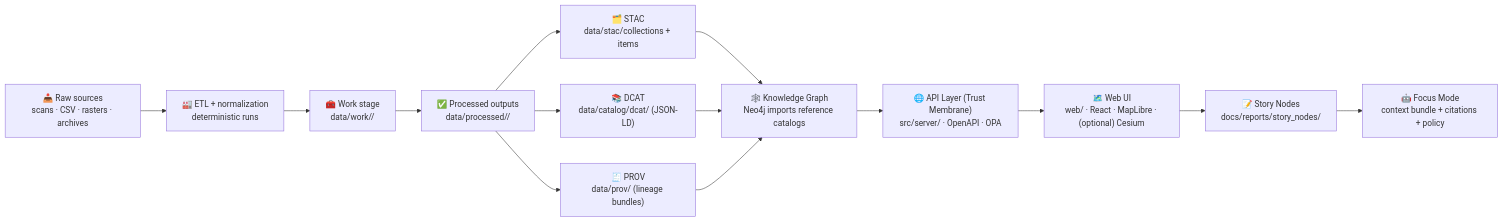
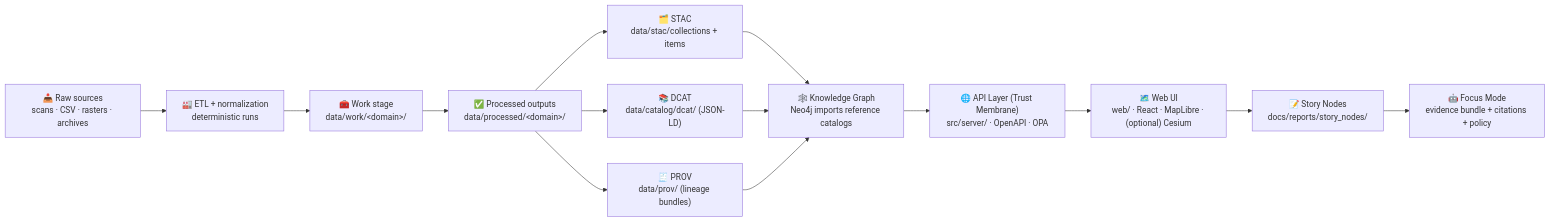
The first of 2 diagrams in README.md (bartytime4life/Kansas-Frontier-Matrix), drawn with Mermaid before and after one commit. The commit also changed other lines of this file, not shown here.

````diff
--- a/README.md
+++ b/README.md
@@ -124,19 +118,19 @@
 ```mermaid
 flowchart LR
   A["📥 Raw sources<br/>scans · CSV · rasters · archives"] --> B["🏭 ETL + normalization<br/>deterministic runs"]
-  B --> W["🧰 Work stage<br/>data/work/<domain>/"]
-  W --> P["✅ Processed outputs<br/>data/processed/<domain>/"]
+  B --> W["🧰 Work stage<br/>data/work/&lt;domain&gt;/"]
+  W --> P["✅ Processed outputs<br/>data/processed/&lt;domain&gt;/"]
 
   P --> S["🗂️ STAC<br/>data/stac/collections + items"]
   P --> D["📚 DCAT<br/>data/catalog/dcat/ (JSON-LD)"]
   P --> V["🧾 PROV<br/>data/prov/ (lineage bundles)"]
 
   S --> G["🕸️ Knowledge Graph<br/>Neo4j imports reference catalogs"]
   D --> G
   V --> G
 
   G --> API["🌐 API Layer (Trust Membrane)<br/>src/server/ · OpenAPI · OPA"]
   API --> UI["🗺️ Web UI<br/>web/ · React · MapLibre · (optional) Cesium"]
   UI --> SN["📝 Story Nodes<br/>docs/reports/story_nodes/"]
-  SN --> FM["🤖 Focus Mode<br/>context bundle + citations + policy"]
+  SN --> FM["🤖 Focus Mode<br/>evidence bundle + citations + policy"]
 ```
````
